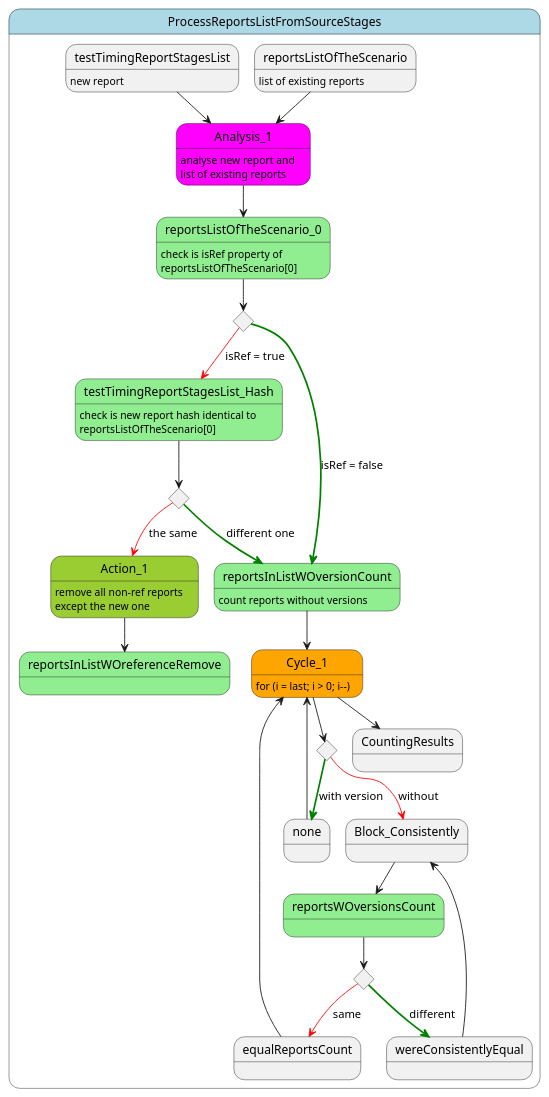
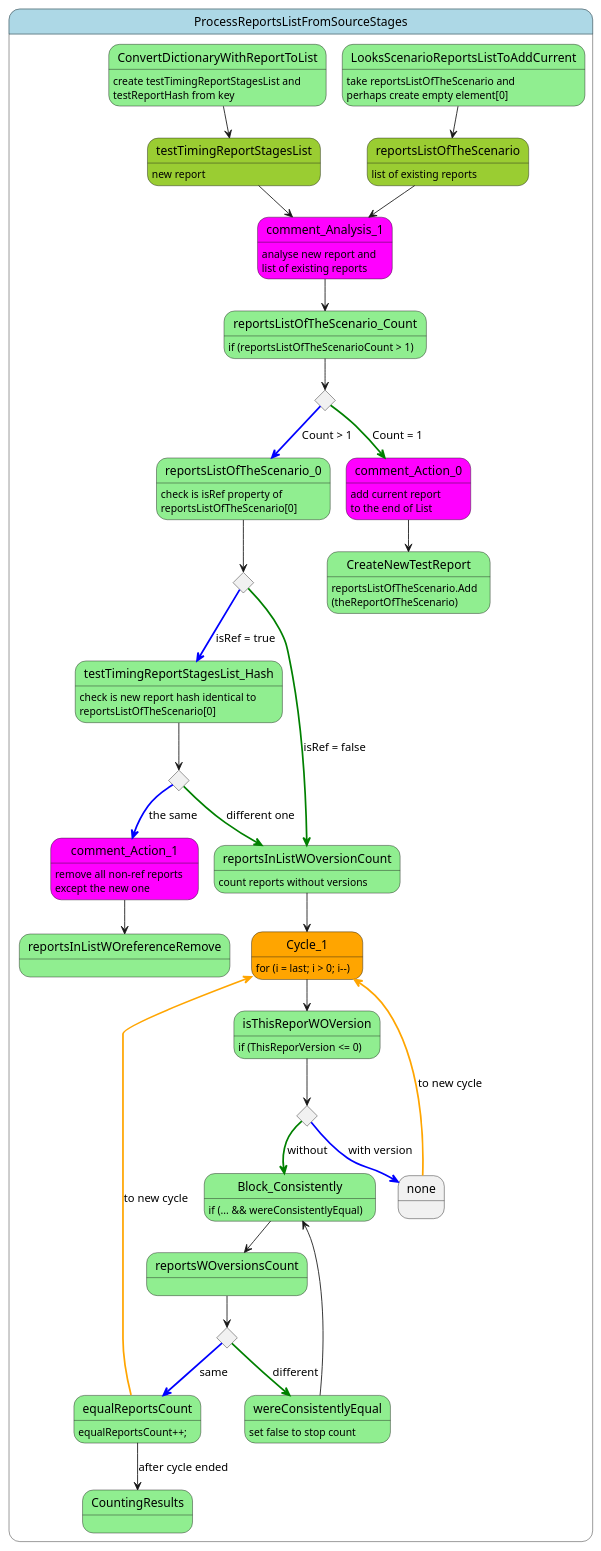
Before and after one commit to YUGCHR/InterlacingTwoTexts: the diagram in BackgroundDispatcher/Diagrams/BackgroundDispatcher_TestReportIsFilledOut_Logic_v-010.puml, drawn with PlantUML. The commit also changed 3 other files, not shown here.

Commit message:
ProcessReportsListFromSourceStages ver.1 logic was updated, all features were released

```diff
--- a/BackgroundDispatcher/Diagrams/BackgroundDispatcher_TestReportIsFilledOut_Logic_v-010.puml
+++ b/BackgroundDispatcher/Diagrams/BackgroundDispatcher_TestReportIsFilledOut_Logic_v-010.puml
@@ -1,77 +1,104 @@
 @startuml
+
+state ProcessReportsListFromSourceStages #lightblue {
+    state comment_Analysis_1 #magenta
+    comment_Analysis_1 : analyse new report and \nlist of existing reports
+
+    state ConvertDictionaryWithReportToList #lightgreen
+    ConvertDictionaryWithReportToList : create testTimingReportStagesList and \ntestReportHash from key
+    state LooksScenarioReportsListToAddCurrent #lightgreen
+    LooksScenarioReportsListToAddCurrent : take reportsListOfTheScenario and \nperhaps create empty element[0]
+    state testTimingReportStagesList #YellowGreen
+    testTimingReportStagesList : new report
+    state reportsListOfTheScenario #YellowGreen
+    reportsListOfTheScenario : list of existing reports
+    state reportsListOfTheScenario_Count #lightgreen
+    reportsListOfTheScenario_Count : if (reportsListOfTheScenarioCount > 1)
+    state reportsListOfTheScenario_0 #lightgreen
+    reportsListOfTheScenario_0 : check is isRef property of \nreportsListOfTheScenario[0]
+    state testTimingReportStagesList_Hash #lightgreen
+    testTimingReportStagesList_Hash : check is new report hash identical to \nreportsListOfTheScenario[0]
+    state reportsInListWOversionCount #lightgreen
+    reportsInListWOversionCount : count reports without versions
+    state reportsInListWOreferenceRemove #lightgreen
+    state reportsWOversionsCount #lightgreen
+    state Block_Consistently #lightgreen
+    Block_Consistently : if (... && wereConsistentlyEqual)
+    state wereConsistentlyEqual #lightgreen
+    wereConsistentlyEqual : set false to stop count
+    state equalReportsCount #lightgreen
+    equalReportsCount : equalReportsCount++;
+    state CountingResults #lightgreen
+    state isThisReporWOVersion #lightgreen
+    isThisReporWOVersion : if (ThisReporVersion <= 0)
+    state CreateNewTestReport #lightgreen
+    CreateNewTestReport : reportsListOfTheScenario.Add\n(theReportOfTheScenario)
+
+    state comment_Action_0 #magenta
+    comment_Action_0 : add current report \nto the end of List
+    state comment_Action_1 #magenta
+    comment_Action_1 : remove all non-ref reports \nexcept the new one
+    state Cycle_1 #orange
+    Cycle_1 : for (i = last; i > 0; i--)
+
+    ConvertDictionaryWithReportToList --> testTimingReportStagesList
+    LooksScenarioReportsListToAddCurrent --> reportsListOfTheScenario
+
+    state isReportsListOfTheScenario_0_REF <<choice>>
+    isReportsListOfTheScenario_0_REF -[#blue,bold]-> testTimingReportStagesList_Hash : isRef = true
+    isReportsListOfTheScenario_0_REF -[#green,bold]-> reportsInListWOversionCount : isRef = false
+
+    state isReportsListOfTheScenario_Count_m1 <<choice>>
+    isReportsListOfTheScenario_Count_m1 -[#blue,bold]-> reportsListOfTheScenario_0 : Count > 1
+    isReportsListOfTheScenario_Count_m1 -[#green,bold]-> comment_Action_0 : Count = 1
+
+    reportsListOfTheScenario_0 --> isReportsListOfTheScenario_0_REF
+
+    state isNewHashIdenticalTo_0_REF <<choice>>
+    isNewHashIdenticalTo_0_REF -[#blue,bold]-> comment_Action_1 : the same
+    isNewHashIdenticalTo_0_REF -[#green,bold]-> reportsInListWOversionCount : different one
 
 
 
-state ProcessReportsListFromSourceStages #lightblue {
-    state Analysis_1 #magenta
-    Analysis_1 : analyse new report and \nlist of existing reports
-
-    state testTimingReportStagesList
-    testTimingReportStagesList : new report
-    state reportsListOfTheScenario
-    reportsListOfTheScenario : list of existing reports
-
-    state reportsListOfTheScenario_0 #lightgreen
-    reportsListOfTheScenario_0 : check is isRef property of \nreportsListOfTheScenario[0]
-
-    state isReportsListOfTheScenario_0_REF <<choice>>
-    isReportsListOfTheScenario_0_REF -[#red]-> testTimingReportStagesList_Hash : isRef = true
-    isReportsListOfTheScenario_0_REF -[#green,bold]-> reportsInListWOversionCount : isRef = false
-
-    reportsListOfTheScenario_0 --> isReportsListOfTheScenario_0_REF
-    state Action_1 #YellowGreen
-    Action_1 : remove all non-ref reports \nexcept the new one
-
-    state isNewHashIdenticalTo_0_REF <<choice>>
-    isNewHashIdenticalTo_0_REF -[#red]-> Action_1 : the same
-    isNewHashIdenticalTo_0_REF -[#green,bold]-> reportsInListWOversionCount : different one
-
-    state testTimingReportStagesList_Hash #lightgreen
-    testTimingReportStagesList_Hash : check is new report hash identical to \nreportsListOfTheScenario[0]
-
-    state reportsInListWOversionCount #lightgreen
-    reportsInListWOversionCount : count reports without versions
-
-    state reportsWOversionsCount #lightgreen
-
     state reportsListOfTheScenario_i_version <<choice>>
-    reportsListOfTheScenario_i_version -[#red]-> Block_Consistently : without
-    reportsListOfTheScenario_i_version -[#green,bold]-> none : with version
+    reportsListOfTheScenario_i_version -[#blue,bold]-> none : with version
+    reportsListOfTheScenario_i_version -[#green,bold]-> Block_Consistently : without
 
     Block_Consistently --> reportsWOversionsCount
 
     state reportsListOfTheScenario_i_hash <<choice>>
-    reportsListOfTheScenario_i_hash -[#red]-> equalReportsCount : same
+    reportsListOfTheScenario_i_hash -[#blue,bold]-> equalReportsCount : same
     reportsListOfTheScenario_i_hash -[#green,bold]-> wereConsistentlyEqual : different
 
     wereConsistentlyEqual --> Block_Consistently
 
-    state Cycle_1 #orange
-    Cycle_1 : for (i = last; i > 0; i--)
-    state reportsInListWOreferenceRemove #lightgreen
+    testTimingReportStagesList --> comment_Analysis_1
+    reportsListOfTheScenario --> comment_Analysis_1
+    comment_Analysis_1 --> reportsListOfTheScenario_Count
+    reportsListOfTheScenario_Count --> isReportsListOfTheScenario_Count_m1
 
-    testTimingReportStagesList --> Analysis_1
-    reportsListOfTheScenario --> Analysis_1
-    Analysis_1 --> reportsListOfTheScenario_0
     testTimingReportStagesList_Hash --> isNewHashIdenticalTo_0_REF
 
-    Action_1 --> reportsInListWOreferenceRemove
+    comment_Action_0 --> CreateNewTestReport
+
+    comment_Action_1 --> reportsInListWOreferenceRemove
     reportsInListWOversionCount --> Cycle_1
 
-    Cycle_1 --> reportsListOfTheScenario_i_version
+    Cycle_1 --> isThisReporWOVersion
+    isThisReporWOVersion --> reportsListOfTheScenario_i_version
     reportsWOversionsCount --> reportsListOfTheScenario_i_hash
 
-    none --> Cycle_1
-    equalReportsCount --> Cycle_1
+    none -[#orange,bold]-> Cycle_1 : to new cycle
+    equalReportsCount -[#orange,bold]-> Cycle_1 : to new cycle
 
-    Cycle_1 --> CountingResults
+    equalReportsCount --> CountingResults : after cycle ended
 
 
 
 
 
 }
 
 
 
 @enduml
```
